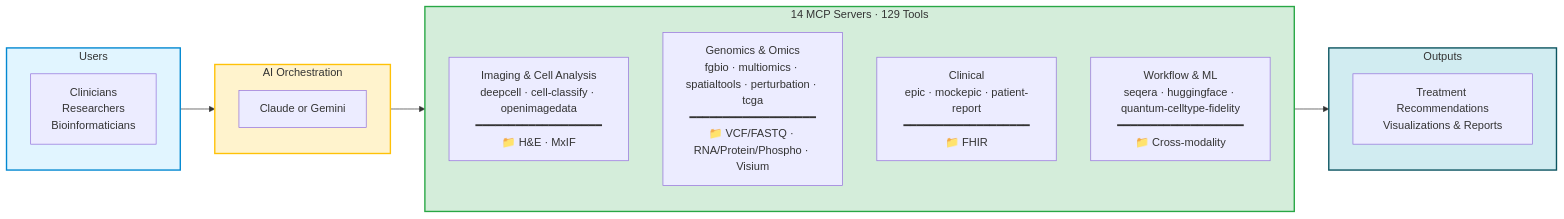
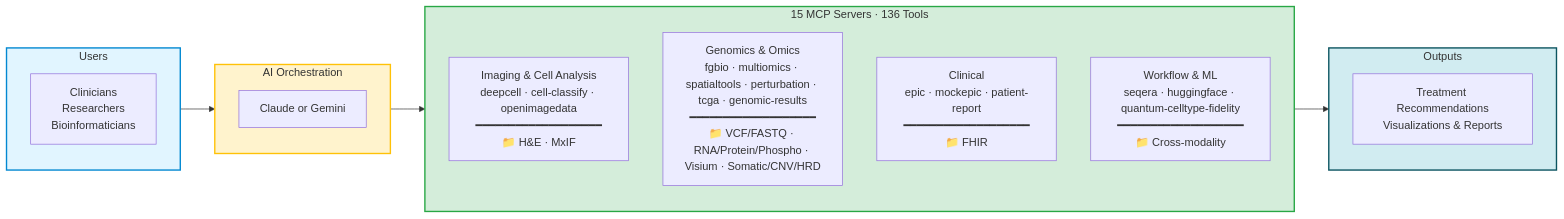
One commit to raymond301/precision-medicine-mcp changed the diagram in docs/for-funders/EXECUTIVE_SUMMARY.md. Above: the diagram before and after it, drawn with Mermaid. The commit also changed other lines of this file and 23 other files, not shown here.

````diff
--- a/docs/for-funders/EXECUTIVE_SUMMARY.md
+++ b/docs/for-funders/EXECUTIVE_SUMMARY.md
@@ -13,31 +13,31 @@
 ```mermaid
 graph LR
     subgraph Users["Users"]
         U[Clinicians<br/>Researchers<br/>Bioinformaticians]
     end
 
     subgraph AI["AI Orchestration"]
         LLM[Claude or Gemini]
     end
 
-    subgraph Servers["14 MCP Servers · 129 Tools"]
+    subgraph Servers["15 MCP Servers · 136 Tools"]
         direction TB
         IMAGING["Imaging & Cell Analysis<br/>deepcell · cell-classify · openimagedata<br/>━━━━━━━━━━━━━━━━━━━<br/>📁 H&E · MxIF"]
-        GENOMICS["Genomics & Omics<br/>fgbio · multiomics · spatialtools · perturbation · tcga<br/>━━━━━━━━━━━━━━━━━━━<br/>📁 VCF/FASTQ · RNA/Protein/Phospho · Visium"]
+        GENOMICS["Genomics & Omics<br/>fgbio · multiomics · spatialtools · perturbation · tcga · genomic-results<br/>━━━━━━━━━━━━━━━━━━━<br/>📁 VCF/FASTQ · RNA/Protein/Phospho · Visium · Somatic/CNV/HRD"]
         CLINICAL["Clinical<br/>epic · mockepic · patient-report<br/>━━━━━━━━━━━━━━━━━━━<br/>📁 FHIR"]
         WORKFLOW["Workflow & ML<br/>seqera · huggingface · quantum-celltype-fidelity<br/>━━━━━━━━━━━━━━━━━━━<br/>📁 Cross-modality"]
     end
 
     subgraph Output["Outputs"]
         O[Treatment Recommendations<br/>Visualizations & Reports]
     end
 
     Users --> AI
     AI --> Servers
     Servers --> Output
 
     style Users fill:#e1f5ff,stroke:#0288d1,stroke-width:2px
     style AI fill:#fff3cd,stroke:#ffc107,stroke-width:2px
     style Servers fill:#d4edda,stroke:#28a745,stroke-width:2px
     style Output fill:#d1ecf1,stroke:#0c5460,stroke-width:2px
 ```
````
